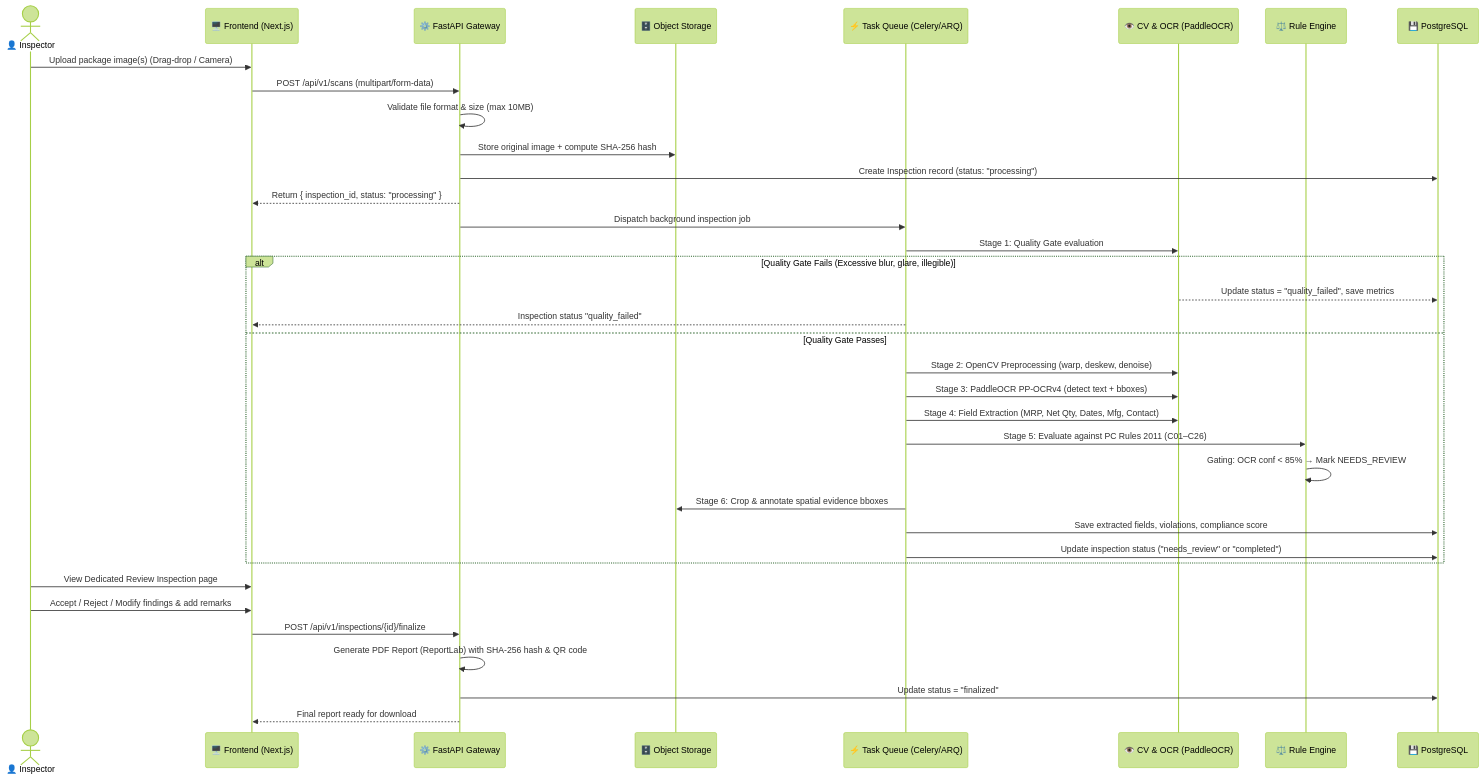
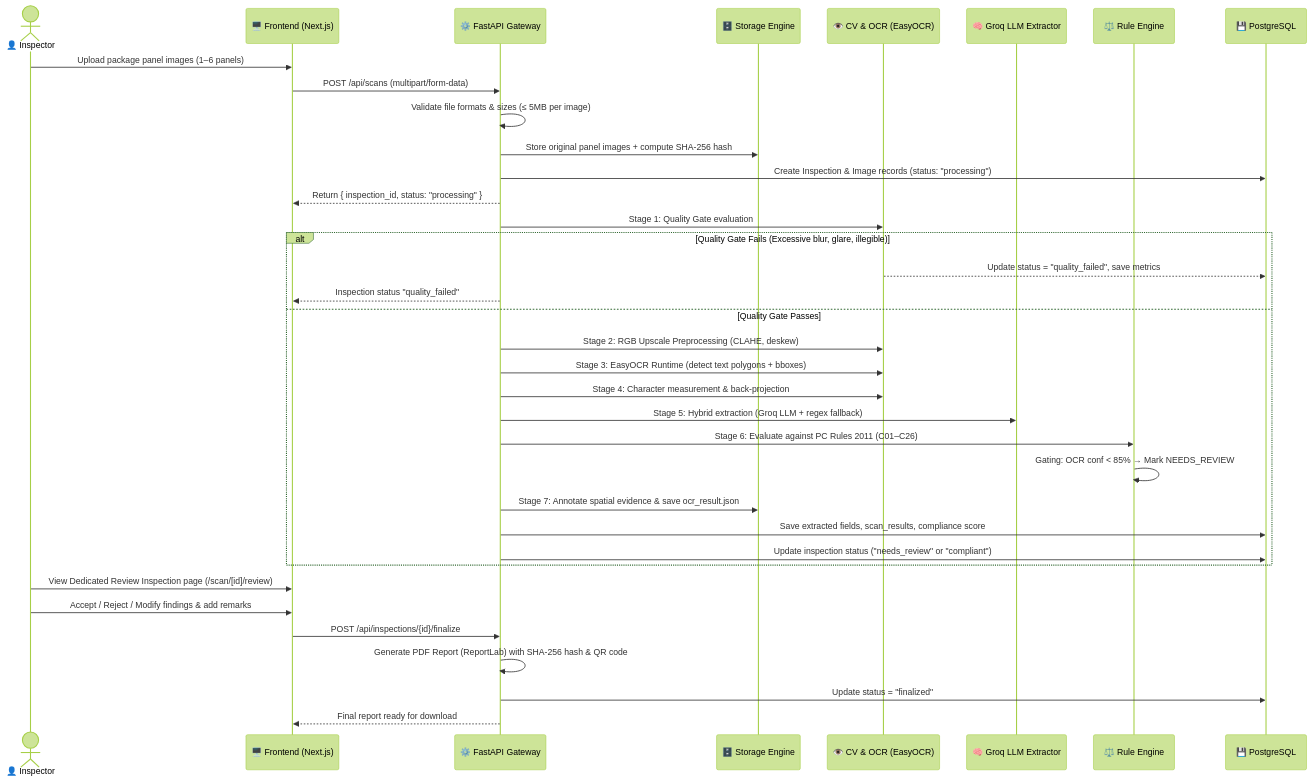
Before and after one commit to dhruvpatel16120/Validra: the second of 3 diagrams in docs/Architecture.md, drawn with Mermaid (forest theme). The commit also changed other lines of this file and 15 other files, not shown here.

````diff
--- a/docs/Architecture.md
+++ b/docs/Architecture.md
@@ -107,41 +107,41 @@
 ```mermaid
 sequenceDiagram
     actor Officer as 👤 Inspector
     participant FE as 🖥️ Frontend (Next.js)
     participant BE as ⚙️ FastAPI Gateway
-    participant Storage as 🗄️ Object Storage
-    participant Queue as ⚡ Task Queue (Celery/ARQ)
-    participant CV as 👁️ CV & OCR (PaddleOCR)
+    participant Storage as 🗄️ Storage Engine
+    participant CV as 👁️ CV & OCR (EasyOCR)
+    participant LLM as 🧠 Groq LLM Extractor
     participant RE as ⚖️ Rule Engine
     participant DB as 💾 PostgreSQL
 
-    Officer->>FE: Upload package image(s) (Drag-drop / Camera)
-    FE->>BE: POST /api/v1/scans (multipart/form-data)
-    BE->>BE: Validate file format & size (max 10MB)
-    BE->>Storage: Store original image + compute SHA-256 hash
-    BE->>DB: Create Inspection record (status: "processing")
+    Officer->>FE: Upload package panel images (1–6 panels)
+    FE->>BE: POST /api/scans (multipart/form-data)
+    BE->>BE: Validate file formats & sizes (≤ 5MB per image)
+    BE->>Storage: Store original panel images + compute SHA-256 hash
+    BE->>DB: Create Inspection & Image records (status: "processing")
     BE-->>FE: Return { inspection_id, status: "processing" }
-    BE->>Queue: Dispatch background inspection job
 
-    Queue->>CV: Stage 1: Quality Gate evaluation
+    BE->>CV: Stage 1: Quality Gate evaluation
     alt Quality Gate Fails (Excessive blur, glare, illegible)
         CV-->>DB: Update status = "quality_failed", save metrics
-        Queue-->>FE: Inspection status "quality_failed"
+        BE-->>FE: Inspection status "quality_failed"
     else Quality Gate Passes
-        Queue->>CV: Stage 2: OpenCV Preprocessing (warp, deskew, denoise)
-        Queue->>CV: Stage 3: PaddleOCR PP-OCRv4 (detect text + bboxes)
-        Queue->>CV: Stage 4: Field Extraction (MRP, Net Qty, Dates, Mfg, Contact)
-        Queue->>RE: Stage 5: Evaluate against PC Rules 2011 (C01–C26)
+        BE->>CV: Stage 2: RGB Upscale Preprocessing (CLAHE, deskew)
+        BE->>CV: Stage 3: EasyOCR Runtime (detect text polygons + bboxes)
+        BE->>CV: Stage 4: Character measurement & back-projection
+        BE->>LLM: Stage 5: Hybrid extraction (Groq LLM + regex fallback)
+        BE->>RE: Stage 6: Evaluate against PC Rules 2011 (C01–C26)
         RE->>RE: Gating: OCR conf < 85% → Mark NEEDS_REVIEW
-        Queue->>Storage: Stage 6: Crop & annotate spatial evidence bboxes
-        Queue->>DB: Save extracted fields, violations, compliance score
-        Queue->>DB: Update inspection status ("needs_review" or "completed")
+        BE->>Storage: Stage 7: Annotate spatial evidence & save ocr_result.json
+        BE->>DB: Save extracted fields, scan_results, compliance score
+        BE->>DB: Update inspection status ("needs_review" or "compliant")
     end
 
-    Officer->>FE: View Dedicated Review Inspection page
+    Officer->>FE: View Dedicated Review Inspection page (/scan/[id]/review)
     Officer->>FE: Accept / Reject / Modify findings & add remarks
-    FE->>BE: POST /api/v1/inspections/{id}/finalize
+    FE->>BE: POST /api/inspections/{id}/finalize
     BE->>BE: Generate PDF Report (ReportLab) with SHA-256 hash & QR code
     BE->>DB: Update status = "finalized"
     BE-->>FE: Final report ready for download
 ```
````
